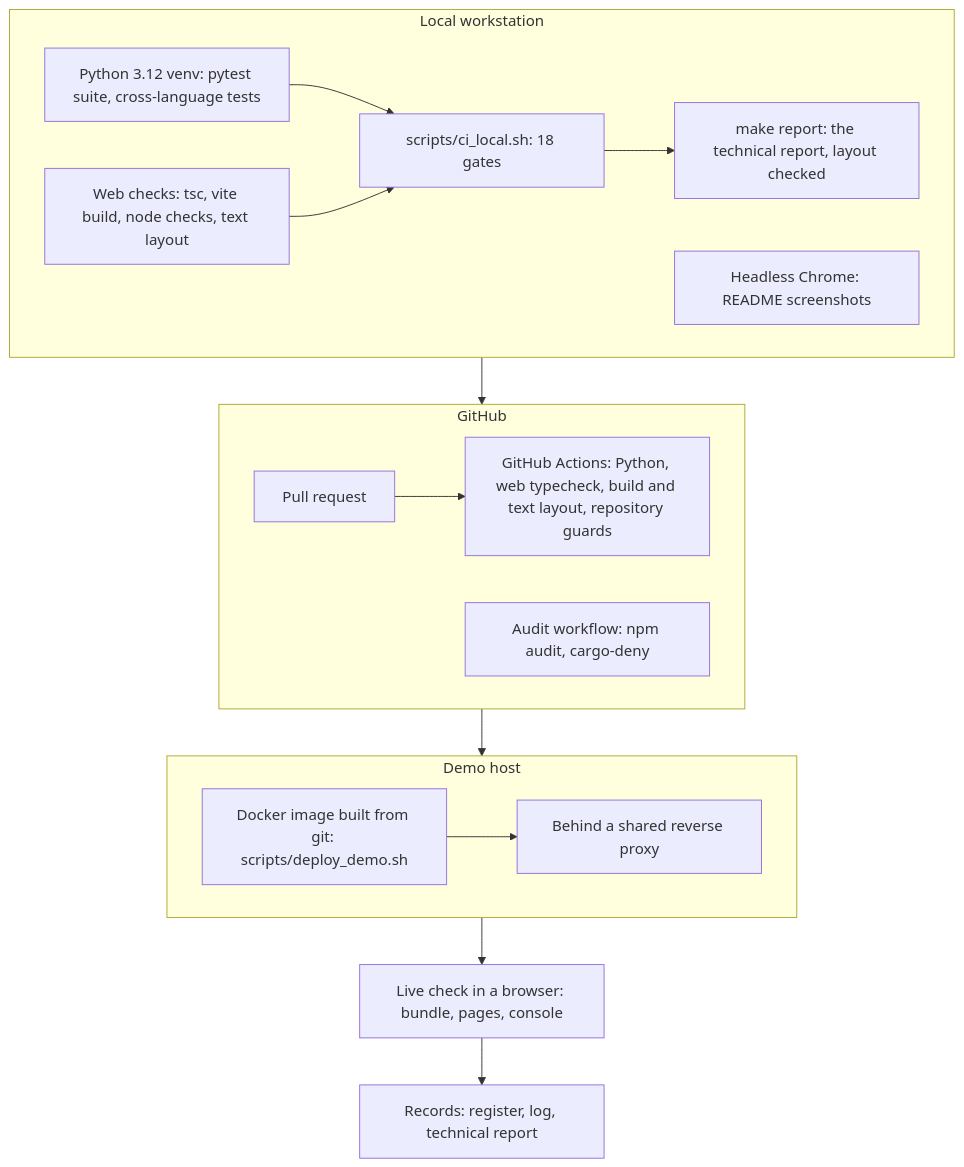
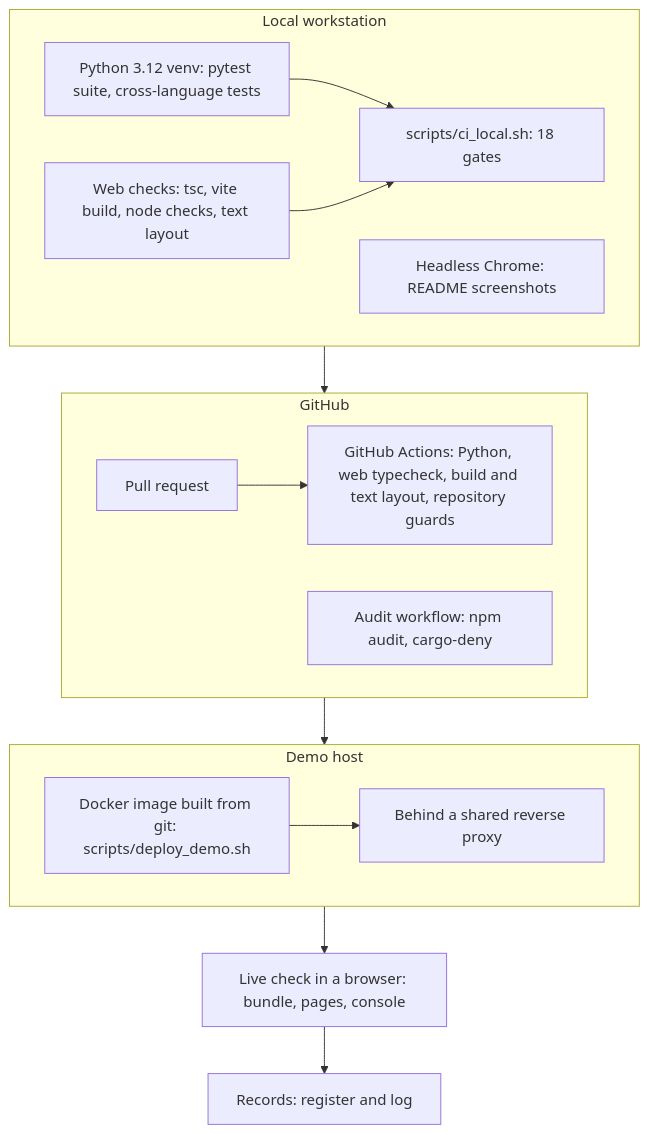
Diagram 11 of 11 in README.md (Quantum-Daemons/QSMPC-QKD-QHE-AI-Hybrid), drawn with Mermaid before and after one commit. The commit also changed other lines of this file and 28 other files, not shown here.

````diff
--- a/README.md
+++ b/README.md
@@ -402,21 +402,20 @@
 ```mermaid
 flowchart TB
   subgraph LOC["Local workstation"]
     direction LR
     PY["Python 3.12 venv: pytest suite, cross-language tests"] --> CL["scripts/ci_local.sh: 18 gates"]
     WEB["Web checks: tsc, vite build, node checks, text layout"] --> CL
-    CL --> REP["make report: the technical report, layout checked"]
     SHOT["Headless Chrome: README screenshots"]
   end
   subgraph GH["GitHub"]
     direction LR
     PR["Pull request"] --> ACT["GitHub Actions: Python, web typecheck, build and text layout, repository guards"]
     AUD["Audit workflow: npm audit, cargo-deny"]
   end
   subgraph DEMO["Demo host"]
     direction LR
     DOCK["Docker image built from git: scripts/deploy_demo.sh"] --> PROXY["Behind a shared reverse proxy"]
   end
-  LIVE["Live check in a browser: bundle, pages, console"] --> REC["Records: register, log, technical report"]
+  LIVE["Live check in a browser: bundle, pages, console"] --> REC["Records: register and log"]
   LOC --> GH --> DEMO --> LIVE
 ```
````
